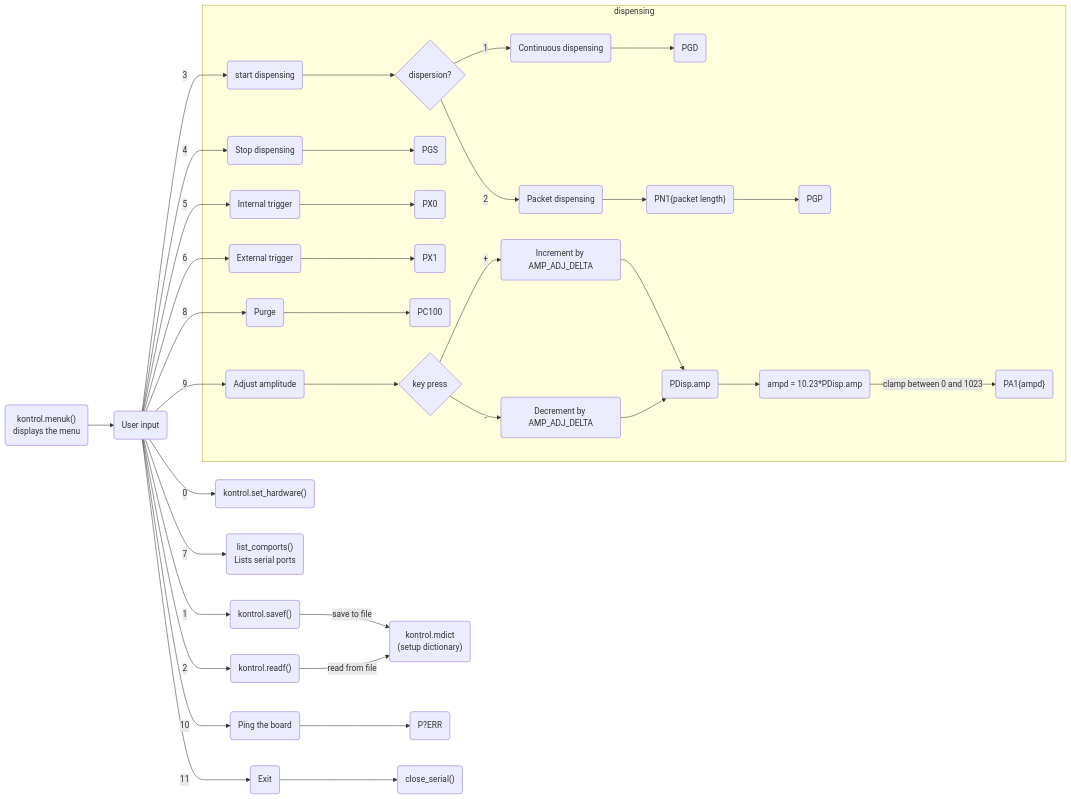
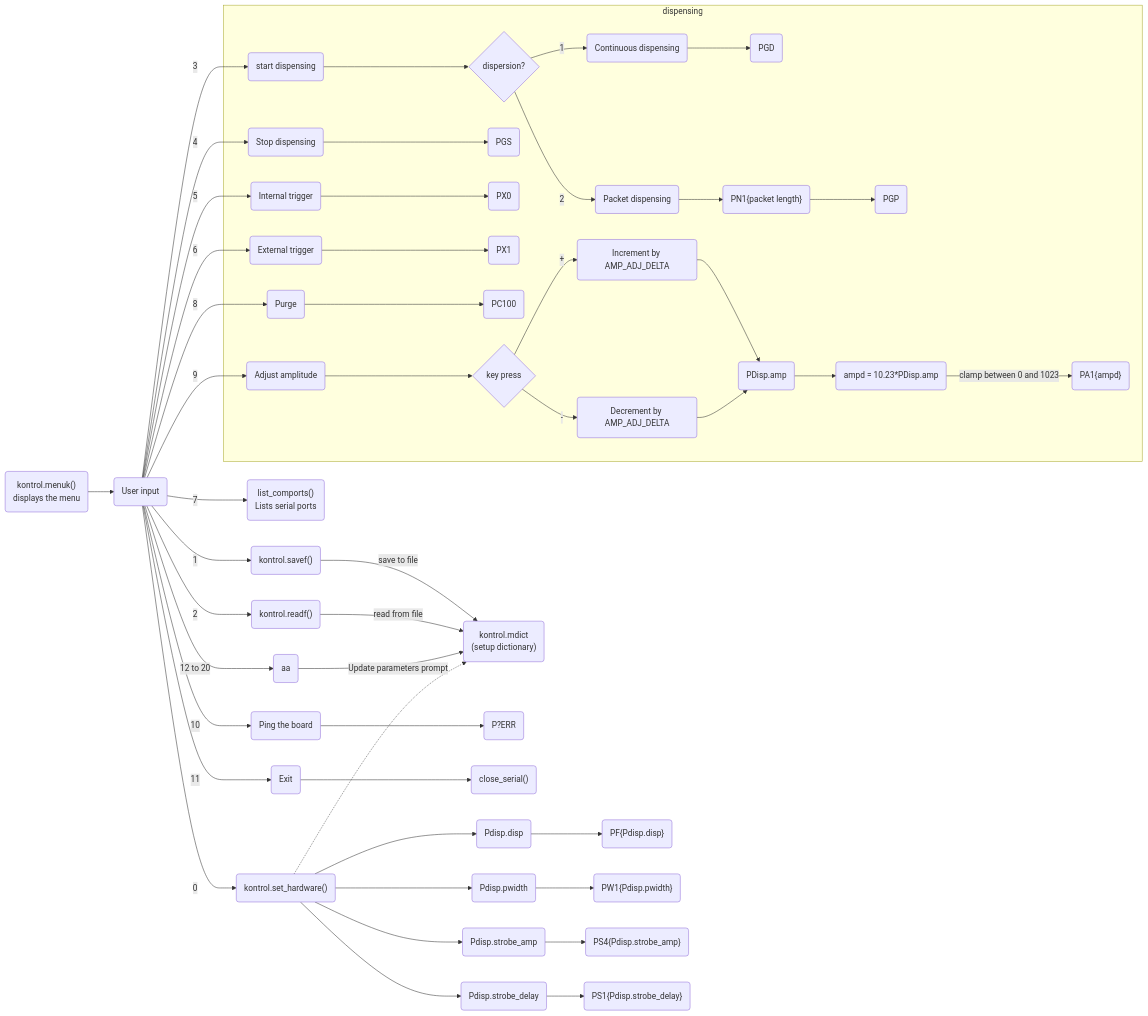
Before and after one commit to da-crivelli/dls-polypico: the diagram in README.md, drawn with Mermaid. The commit also changed other lines of this file, not shown here.

````diff
--- a/README.md
+++ b/README.md
@@ -25,56 +25,65 @@
 ```mermaid
 flowchart LR
 
 A("kontrol.menuk()<br />displays the menu")-->
 B("User input")
 
 B--0-->ch_0
 B--1-->ch_1
 B--2-->ch_2
 B--3-->ch_3
 B--4-->ch_4
 B--5-->ch_5
 B--6-->ch_6
 B--7-->ch_7
 B--8-->ch_8
 B--9-->ch_9
 B--10-->ch_10
 B--11-->ch_11
+B--"12 to 20"-->ch_params
 
 ch_0("kontrol.set_hardware()")
 ch_1("kontrol.savef()") --save to file --> mdict
 ch_2("kontrol.readf()") --read from file --> mdict
 
 mdict("kontrol.mdict<br />(setup dictionary)")
 
 
 subgraph dispensing["dispensing"]
     ch_3("start dispensing") --> dispense{"dispersion?"}
 
     dispense--1-->dispense_cont("Continuous dispensing") --> dc_cmd("PGD")
     dispense--2-->dispense_packet("Packet dispensing")
 
     dispense_packet--> dp_cmd("PN1{packet length}") --> dp_cmd_2("PGP")
 
     ch_4("Stop dispensing") --> stop_cmd("PGS")
 
     ch_5("Internal trigger") --> int_trig_cmd("PX0")
     ch_6("External trigger") --> ext_trig_cmd("PX1")
 
     ch_8("Purge") --> purge_cmd("PC100")
 
     ch_9("Adjust amplitude") --> amplitude_key{key press} --+--> amp_inc("Increment by AMP_ADJ_DELTA") --> pdisp_amp("PDisp.amp")
     amplitude_key --"-"--> amp_dec("Decrement by AMP_ADJ_DELTA") -->pdisp_amp
     
     pdisp_amp --> pdisp_ampd("ampd = 10.23*PDisp.amp")
     pdisp_ampd --"clamp between 0 and 1023" -->cmd_amp("PA1{ampd}")
 
 end
 
 ch_7("list_comports()<br />Lists serial ports")
 
+
+
+ch_params("aa") --"Update parameters prompt"--> mdict
+
+ch_0 -.-> mdict
+ch_0 --> pdisp_disp("Pdisp.disp<br />") --> pd_disp_cmd("PF{Pdisp.disp}")
+ch_0 --> pdisp_pw("Pdisp.pwidth<br />") --> pd_pw_cmd("PW1{Pdisp.pwidth}")
+ch_0 --> pdisp_sa("Pdisp.strobe_amp<br />") --> pd_sa_cmd("PS4{Pdisp.strobe_amp}")
+ch_0 --> pdisp_sd("Pdisp.strobe_delay<br />") --> pd_sd_cmd("PS1{Pdisp.strobe_delay}")
+
 ch_10("Ping the board") --> cmd_ping("P?ERR")
-
 ch_11("Exit") --> close_serial("close_serial()")
-
 ```
````
